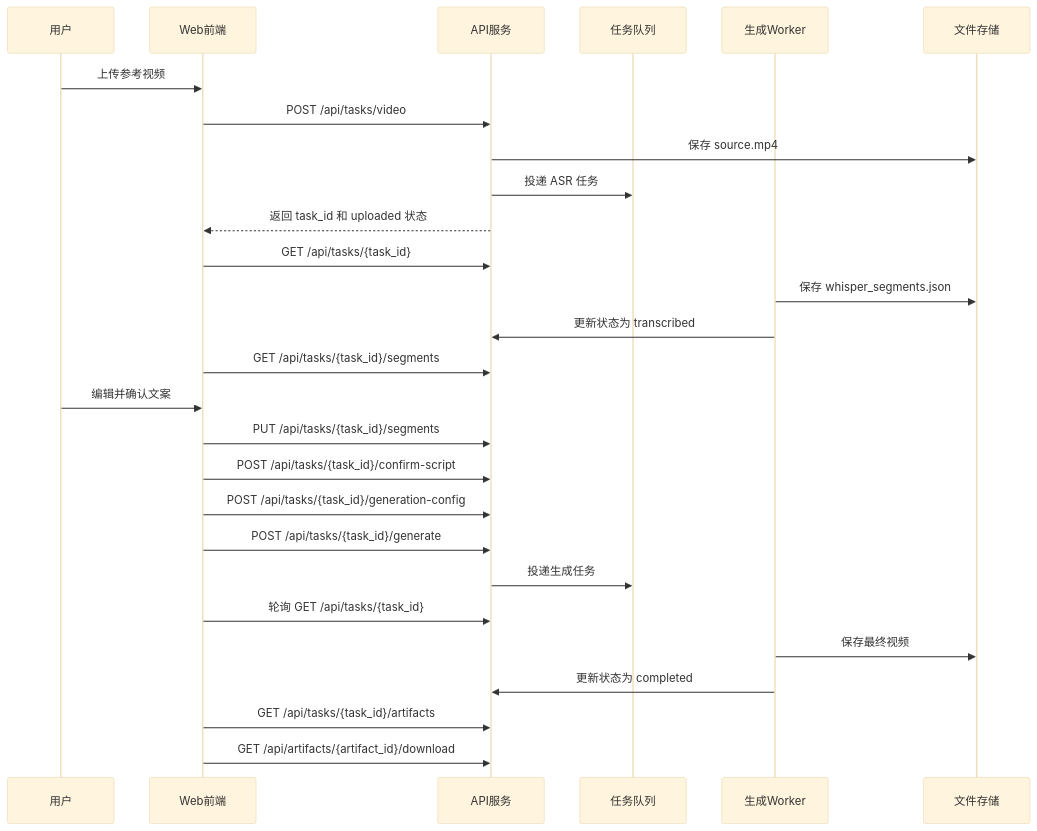
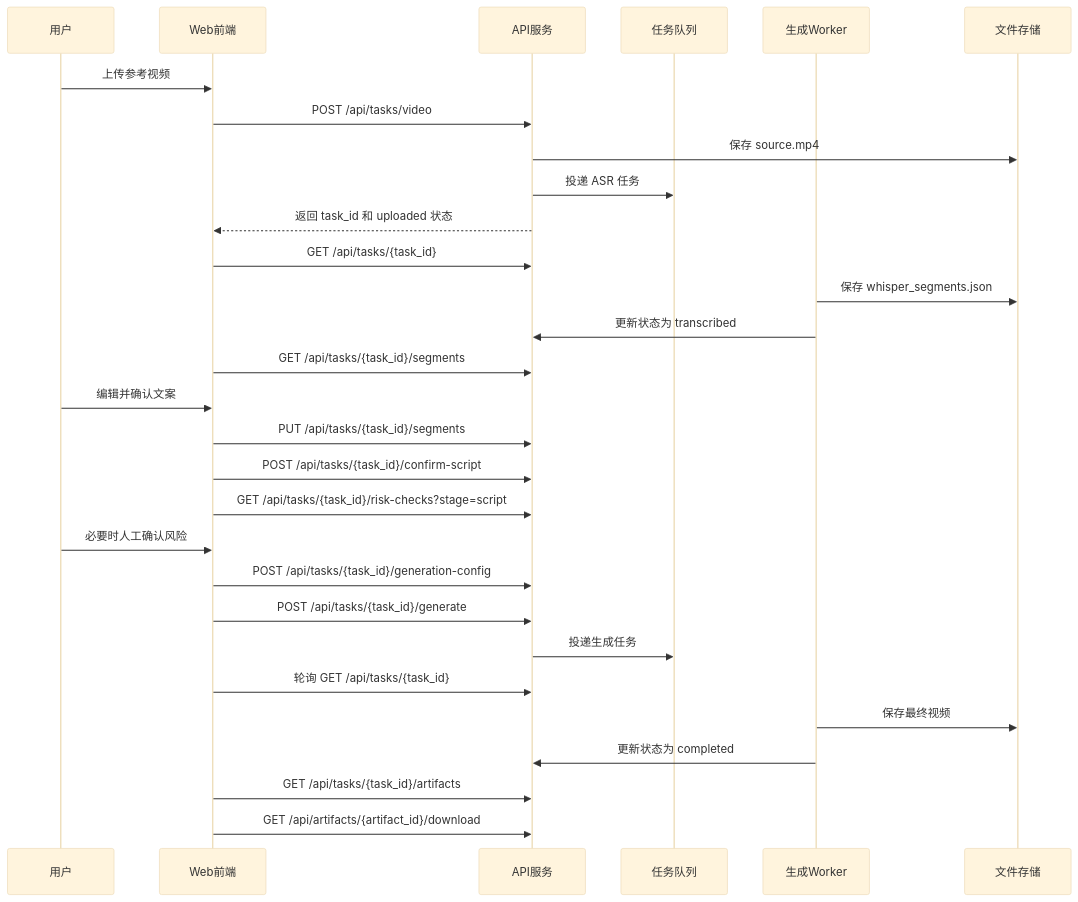
Before and after one commit to AlphaSphere/DigitalHuman: the first of 2 diagrams in docs/api-interface-design.md, drawn with Mermaid (base theme). The commit also changed other lines of this file and 11 other files, not shown here.

Commit message:
Update generation flow and docs alignment

````diff
--- a/docs/api-interface-design.md
+++ b/docs/api-interface-design.md
@@ -13,30 +13,32 @@
 ```mermaid
 sequenceDiagram
   participant User as 用户
   participant Web as Web前端
   participant API as API服务
   participant Queue as 任务队列
   participant Worker as 生成Worker
   participant Storage as 文件存储
 
   User->>Web: 上传参考视频
   Web->>API: POST /api/tasks/video
   API->>Storage: 保存 source.mp4
   API->>Queue: 投递 ASR 任务
   API-->>Web: 返回 task_id 和 uploaded 状态
   Web->>API: GET /api/tasks/{task_id}
   Worker->>Storage: 保存 whisper_segments.json
   Worker->>API: 更新状态为 transcribed
   Web->>API: GET /api/tasks/{task_id}/segments
   User->>Web: 编辑并确认文案
   Web->>API: PUT /api/tasks/{task_id}/segments
   Web->>API: POST /api/tasks/{task_id}/confirm-script
+  Web->>API: GET /api/tasks/{task_id}/risk-checks?stage=script
+  User->>Web: 必要时人工确认风险
   Web->>API: POST /api/tasks/{task_id}/generation-config
   Web->>API: POST /api/tasks/{task_id}/generate
   API->>Queue: 投递生成任务
   Web->>API: 轮询 GET /api/tasks/{task_id}
   Worker->>Storage: 保存最终视频
   Worker->>API: 更新状态为 completed
   Web->>API: GET /api/tasks/{task_id}/artifacts
   Web->>API: GET /api/artifacts/{artifact_id}/download
 ```
````
